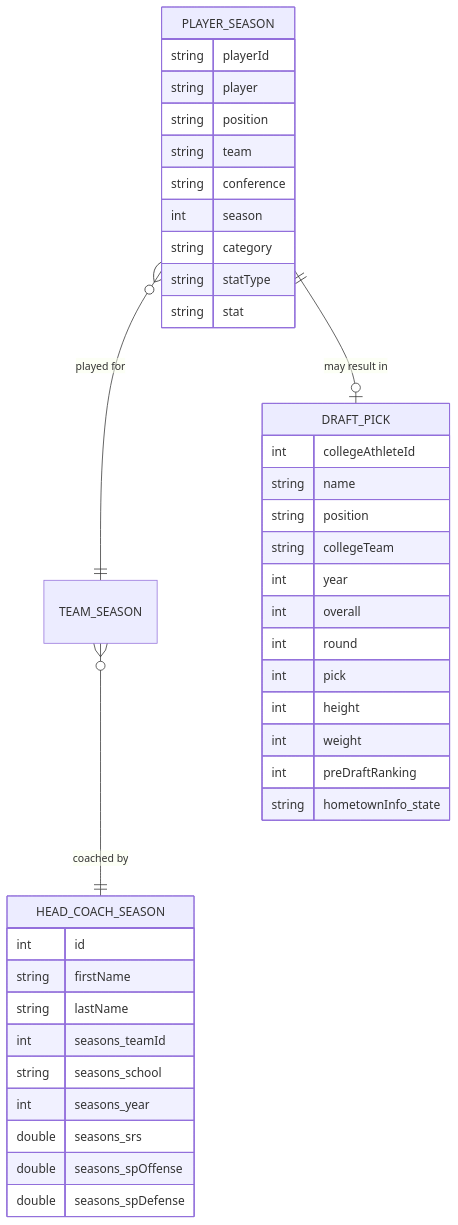
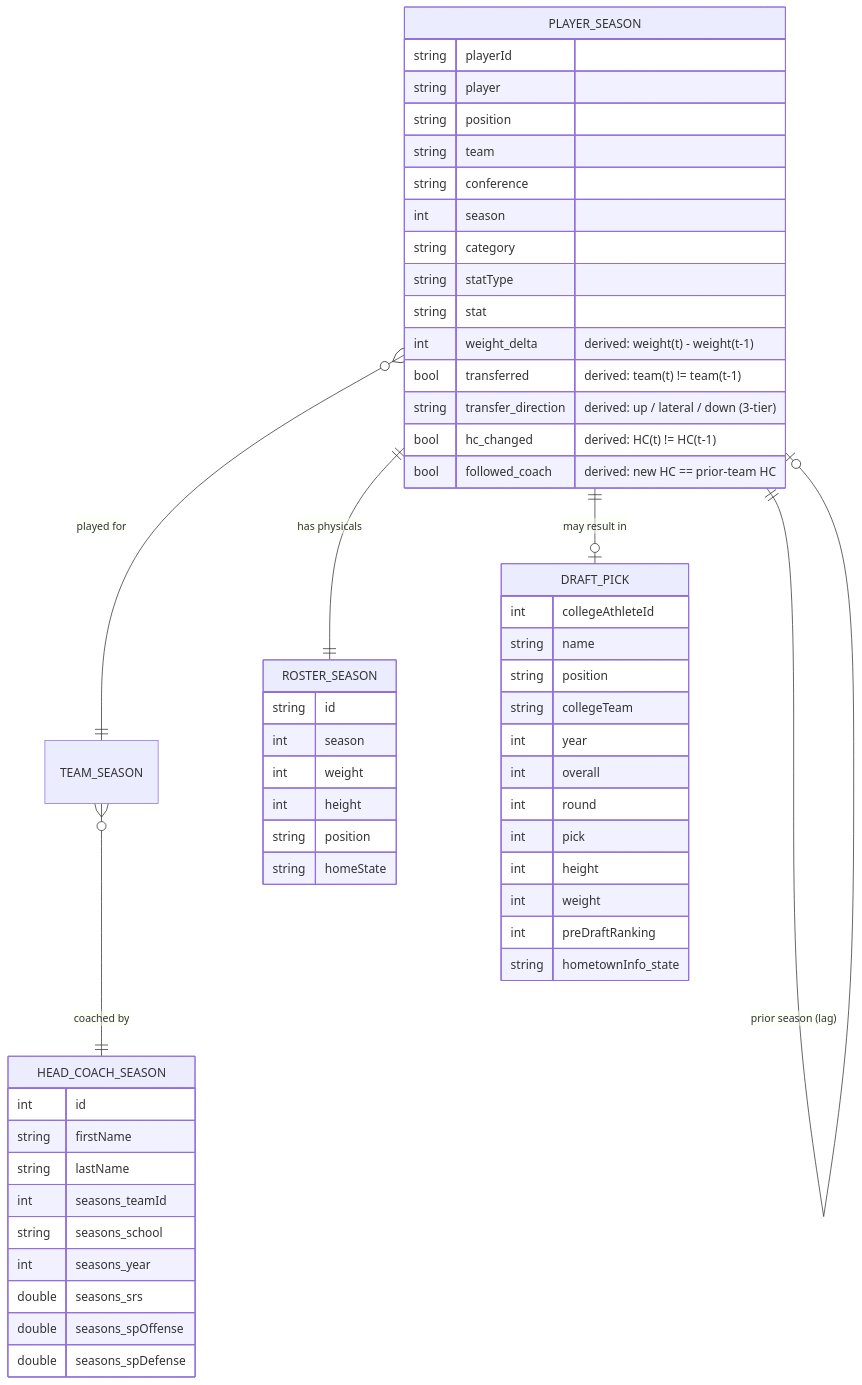
The diagram in VISION.md (ngiangre/cfbstats), drawn with Mermaid before and after one commit. The commit also changed other lines of this file and 4 other files, not shown here.

````diff
--- a/VISION.md
+++ b/VISION.md
@@ -73,43 +97,58 @@
 ```mermaid
 erDiagram
     PLAYER_SEASON }o--|| TEAM_SEASON : "played for"
+    PLAYER_SEASON ||--|| ROSTER_SEASON : "has physicals"
+    PLAYER_SEASON ||--o| PLAYER_SEASON : "prior season (lag)"
     TEAM_SEASON }o--|| HEAD_COACH_SEASON : "coached by"
     PLAYER_SEASON ||--o| DRAFT_PICK : "may result in"
 
     PLAYER_SEASON {
         string playerId
         string player
         string position
         string team
         string conference
         int season
         string category
         string statType
         string stat
+        int weight_delta "derived: weight(t) - weight(t-1)"
+        bool transferred "derived: team(t) != team(t-1)"
+        string transfer_direction "derived: up / lateral / down (3-tier)"
+        bool hc_changed "derived: HC(t) != HC(t-1)"
+        bool followed_coach "derived: new HC == prior-team HC"
+    }
+    ROSTER_SEASON {
+        string id
+        int season
+        int weight
+        int height
+        string position
+        string homeState
     }
     DRAFT_PICK {
         int collegeAthleteId
         string name
         string position
         string collegeTeam
         int year
         int overall
         int round
         int pick
         int height
         int weight
         int preDraftRanking
         string hometownInfo_state
     }
     HEAD_COACH_SEASON {
         int id
         string firstName
         string lastName
         int seasons_teamId
         string seasons_school
         int seasons_year
         double seasons_srs
         double seasons_spOffense
         double seasons_spDefense
     }
 ```
````
